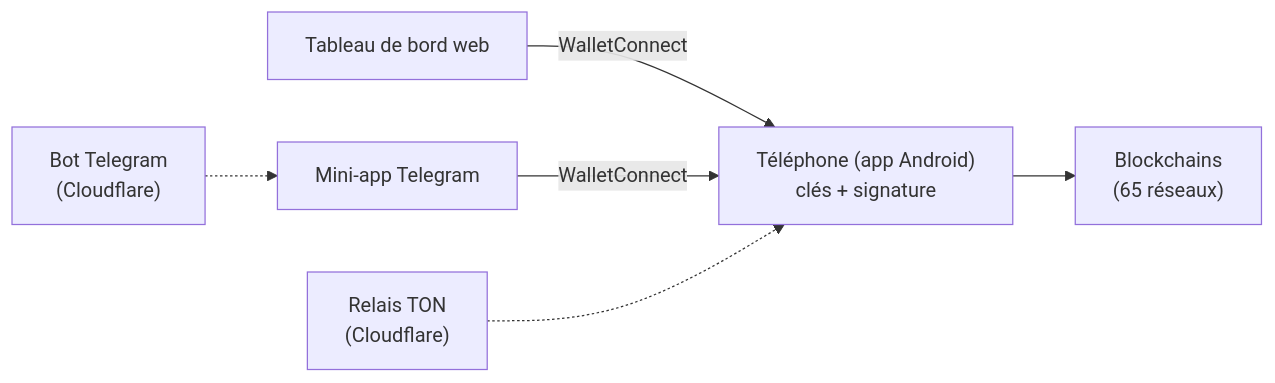
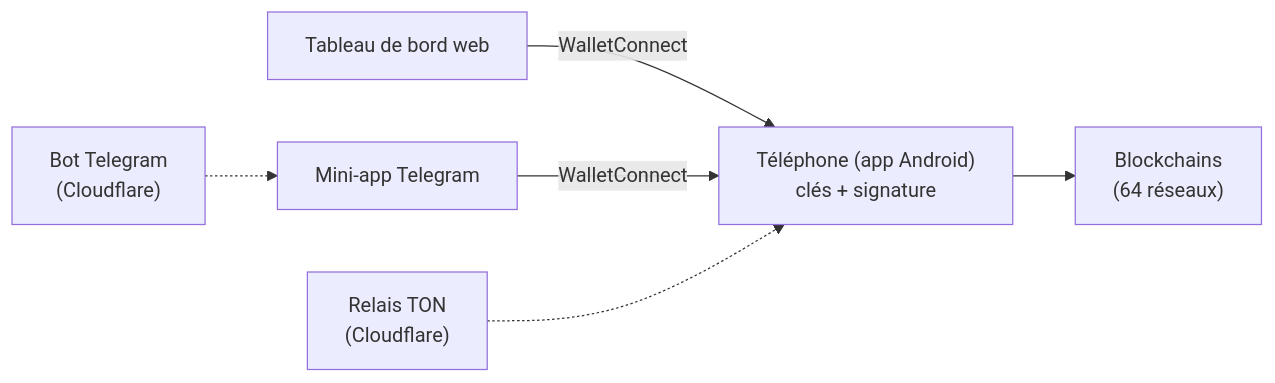
The diagram in docs/vente/dossier-de-vente.md (ahmedsignate2/kalyx-wallet), drawn with Mermaid before and after one commit. The commit also changed other lines of this file and 22 other files, not shown here.

````diff
--- a/docs/vente/dossier-de-vente.md
+++ b/docs/vente/dossier-de-vente.md
@@ -65,9 +65,9 @@
 ```mermaid
 flowchart LR
   P["Téléphone (app Android)<br/>clés + signature"]
   W["Tableau de bord web"] -- WalletConnect --> P
   T["Mini-app Telegram"] -- WalletConnect --> P
   B["Bot Telegram<br/>(Cloudflare)"] -.-> T
   R["Relais TON<br/>(Cloudflare)"] -.-> P
-  P --> C["Blockchains<br/>(65 réseaux)"]
+  P --> C["Blockchains<br/>(64 réseaux)"]
 ```
````
